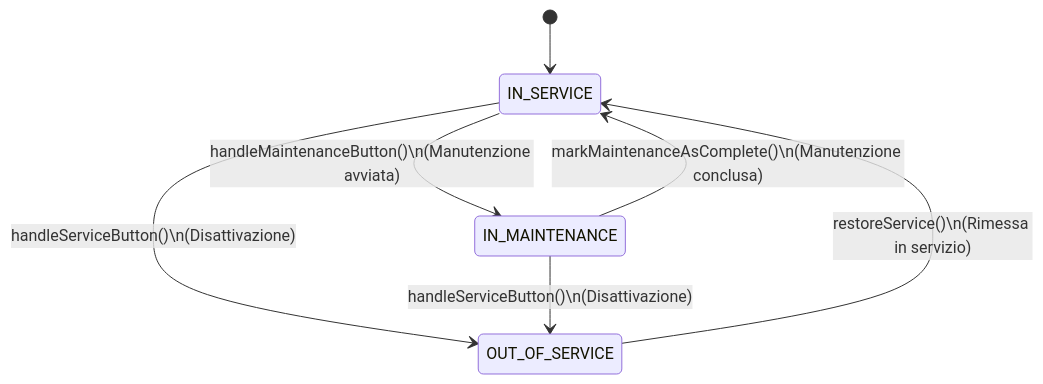
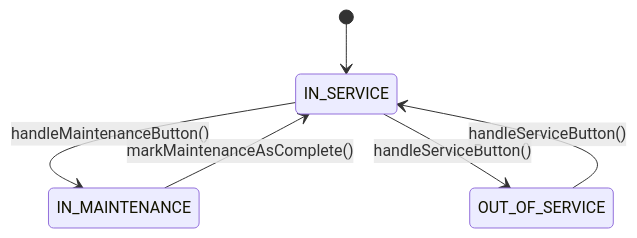
One commit to Alex-Cambrini/pss24-25-WasteMaster-Cambrini-Ferrari-Ragazzini changed the sixth of 14 diagrams in report.md. Above: the diagram before and after it, drawn with Mermaid. The commit also changed other lines of this file, not shown here.

Commit message:
refactor: improve report documentation with enhanced UML diagrams and centralized maintenance logic

````diff
--- a/report.md
+++ b/report.md
@@ -366,12 +366,10 @@
 ```mermaid
 stateDiagram-v2
-    [*] --> IN_SERVICE
+  [*] --> IN_SERVICE
 
-    IN_SERVICE --> IN_MAINTENANCE : handleMaintenanceButton()\n(Manutenzione avviata)
-    IN_MAINTENANCE --> IN_SERVICE : markMaintenanceAsComplete()\n(Manutenzione conclusa)
+  IN_SERVICE --> IN_MAINTENANCE : handleMaintenanceButton()
+  IN_MAINTENANCE --> IN_SERVICE : markMaintenanceAsComplete()
 
-    IN_SERVICE --> OUT_OF_SERVICE : handleServiceButton()\n(Disattivazione)
-    IN_MAINTENANCE --> OUT_OF_SERVICE : handleServiceButton()\n(Disattivazione)
-
-    OUT_OF_SERVICE --> IN_SERVICE : restoreService()\n(Rimessa in servizio)
+  IN_SERVICE --> OUT_OF_SERVICE : handleServiceButton()
+  OUT_OF_SERVICE --> IN_SERVICE : handleServiceButton()
 ```
````
